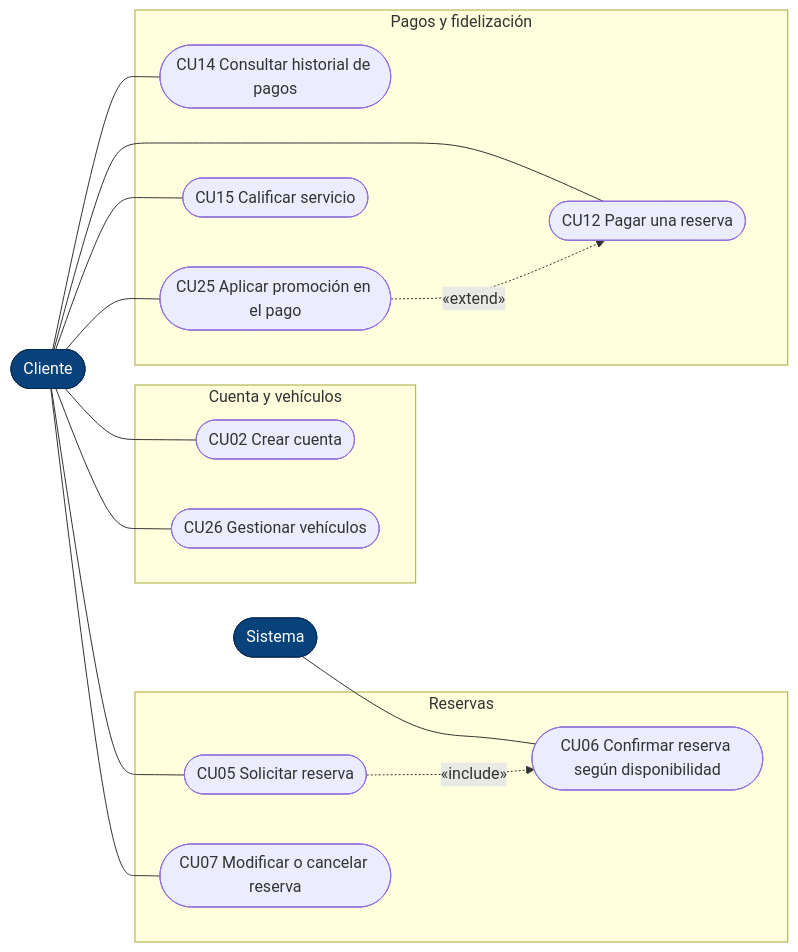
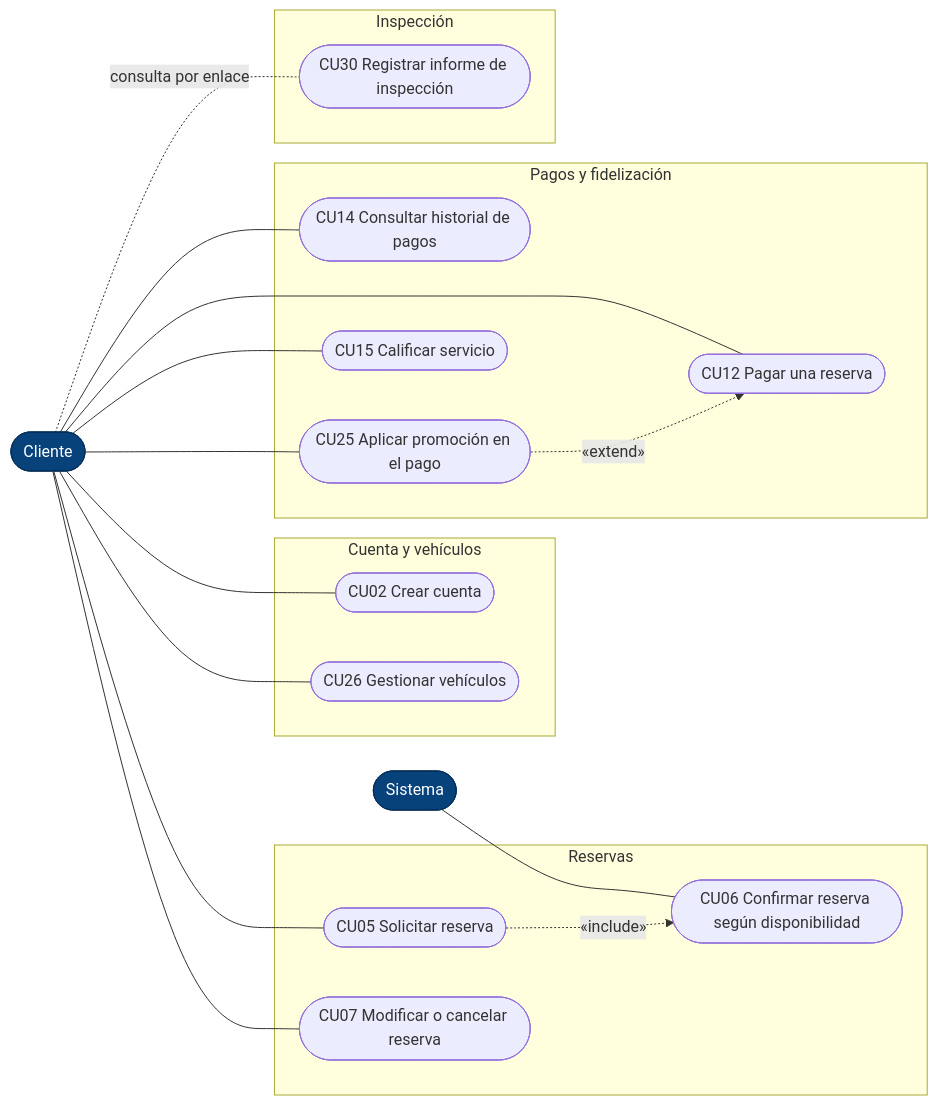
One commit to BrayanCABRERA123/lavarapido-docs changed the second of 24 diagrams in 02-analisis-vistas-dinamicas/ES/analisis-vistas-dinamicas.md. Above: the diagram before and after it, drawn with Mermaid. The commit also changed other lines of this file and 1 other file, not shown here.

````diff
--- a/02-analisis-vistas-dinamicas/ES/analisis-vistas-dinamicas.md
+++ b/02-analisis-vistas-dinamicas/ES/analisis-vistas-dinamicas.md
@@ -63,39 +63,44 @@
 ```mermaid
 flowchart LR
     Cliente(["Cliente"])
     Sistema(["Sistema"])
 
     subgraph CTA["Cuenta y vehículos"]
         CU02(["CU02 Crear cuenta"])
         CU26(["CU26 Gestionar vehículos"])
     end
 
     subgraph RES["Reservas"]
         CU05(["CU05 Solicitar reserva"])
         CU06(["CU06 Confirmar reserva según disponibilidad"])
         CU07(["CU07 Modificar o cancelar reserva"])
     end
 
     subgraph PAG["Pagos y fidelización"]
         CU12(["CU12 Pagar una reserva"])
         CU14(["CU14 Consultar historial de pagos"])
         CU25(["CU25 Aplicar promoción en el pago"])
         CU15(["CU15 Calificar servicio"])
     end
 
+    subgraph INS["Inspección"]
+        CU30(["CU30 Registrar informe de inspección"])
+    end
+
     Cliente --- CU02
     Cliente --- CU26
     Cliente --- CU05
     Cliente --- CU07
     Cliente --- CU12
     Cliente --- CU14
     Cliente --- CU15
     Cliente --- CU25
+    Cliente -. "consulta por enlace" .- CU30
     Sistema --- CU06
 
     CU05 -. "«include»" .-> CU06
     CU25 -. "«extend»" .-> CU12
 
     classDef actor fill:#08427b,color:#fff,stroke:#052e56
     class Cliente,Sistema actor
 ```
````
